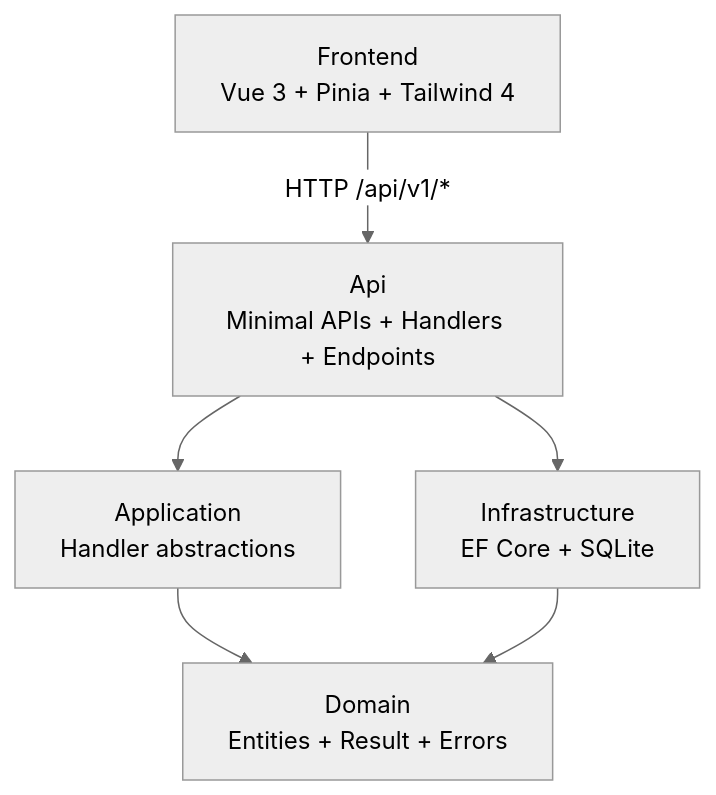
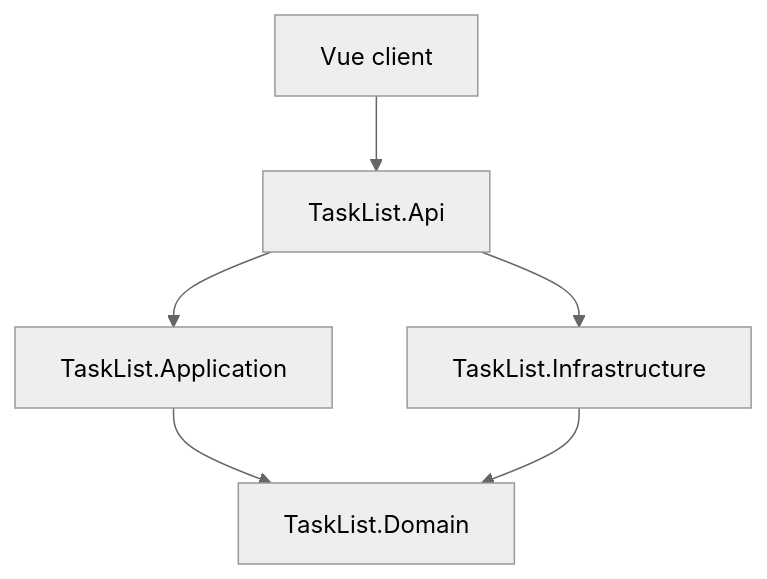
One commit to arthurfelix29/task-management changed the diagram in README.md. Above: the diagram before and after it, drawn with Mermaid (neutral theme). The commit also changed other lines of this file, not shown here.

Commit message:
docs: rewrite README to match delivered architecture and contract

````diff
--- a/README.md
+++ b/README.md
@@ -142,14 +142,13 @@
 ```mermaid
 graph TD
-    Vue[Frontend<br/>Vue 3 + Pinia + Tailwind 4]
-    Api[Api<br/>Minimal APIs + Handlers + Endpoints]
-    App[Application<br/>Handler abstractions]
-    Domain[Domain<br/>Entities + Result + Errors]
-    Infra[Infrastructure<br/>EF Core + SQLite]
-
-    Vue -->|HTTP /api/v1/*| Api
+    Vue[Vue client]
+    Api[TaskList.Api]
+    App[TaskList.Application]
+    Infra[TaskList.Infrastructure]
+    Domain[TaskList.Domain]
+    Vue --> Api
     Api --> App
     Api --> Infra
     App --> Domain
     Infra --> Domain
 ```
````
